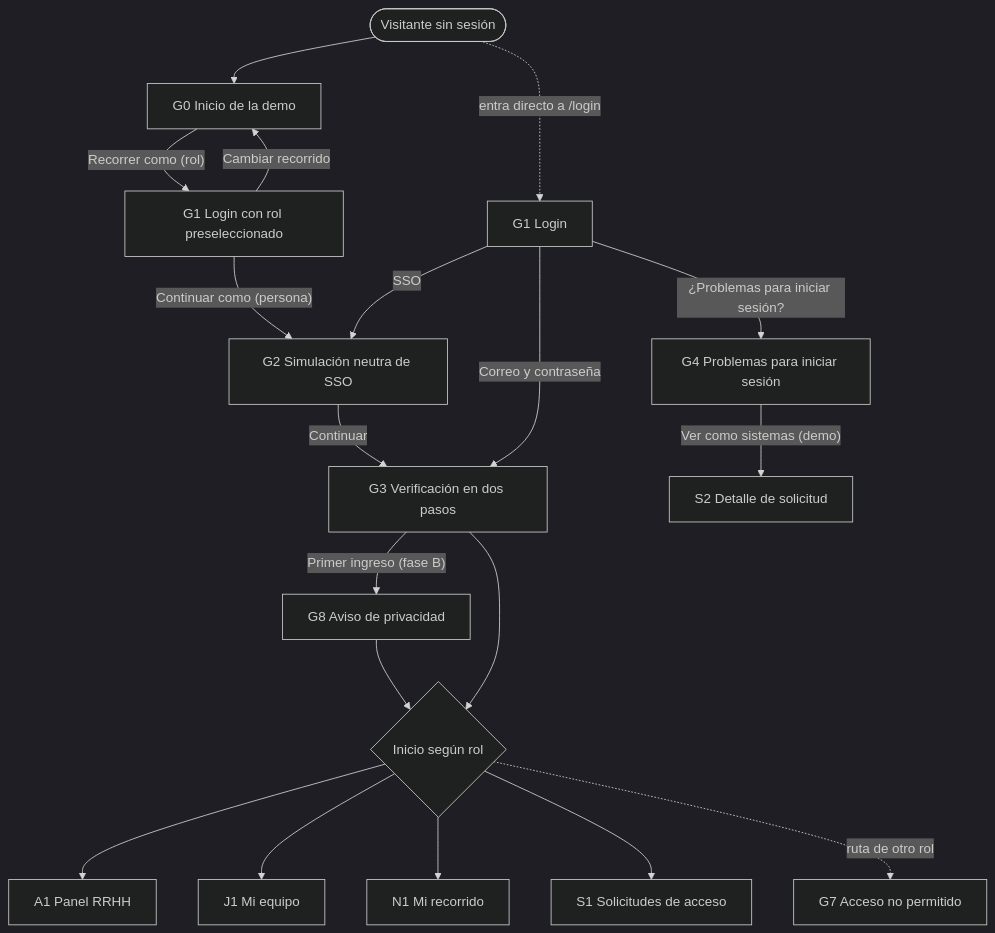
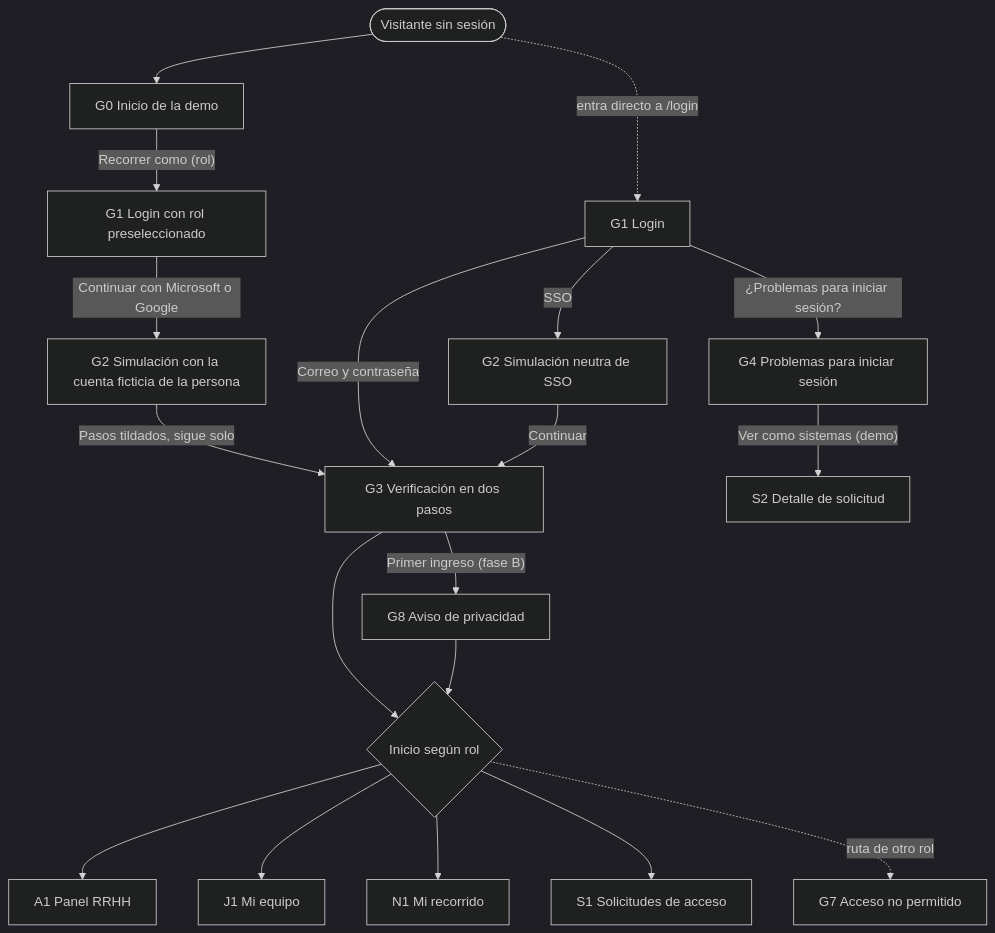
Before and after one commit to lpedaci/rumbo-app: the first of 29 diagrams in docs/flows.md, drawn with Mermaid (dark theme). The commit also changed other lines of this file and 25 other files, not shown here.

````diff
--- a/docs/flows.md
+++ b/docs/flows.md
@@ -23,21 +23,21 @@
 ```mermaid
 flowchart TD
     START(["Visitante sin sesión"]) --> G0["G0 Inicio de la demo"]
     G0 -- "Recorrer como (rol)" --> G1P["G1 Login con rol preseleccionado"]
-    G1P -- "Continuar como (persona)" --> G2
-    G1P -- "Cambiar recorrido" --> G0
+    G1P -- "Continuar con Microsoft o Google" --> G2P["G2 Simulación con la cuenta ficticia de la persona"]
+    G2P -- "Pasos tildados, sigue solo" --> G3
     START -. "entra directo a /login" .-> G1["G1 Login"]
     G1 -- "SSO" --> G2["G2 Simulación neutra de SSO"]
     G1 -- "Correo y contraseña" --> G3["G3 Verificación en dos pasos"]
     G2 -- "Continuar" --> G3
     G1 -- "¿Problemas para iniciar sesión?" --> G4["G4 Problemas para iniciar sesión"]
     G4 -- "Ver como sistemas (demo)" --> S2["S2 Detalle de solicitud"]
     G3 -- "Primer ingreso (fase B)" --> G8["G8 Aviso de privacidad"]
     G3 --> HOME{"Inicio según rol"}
     G8 --> HOME
     HOME --> A1["A1 Panel RRHH"]
     HOME --> J1["J1 Mi equipo"]
     HOME --> N1["N1 Mi recorrido"]
     HOME --> S1["S1 Solicitudes de acceso"]
     HOME -. "ruta de otro rol" .-> G7["G7 Acceso no permitido"]
 ```
````
